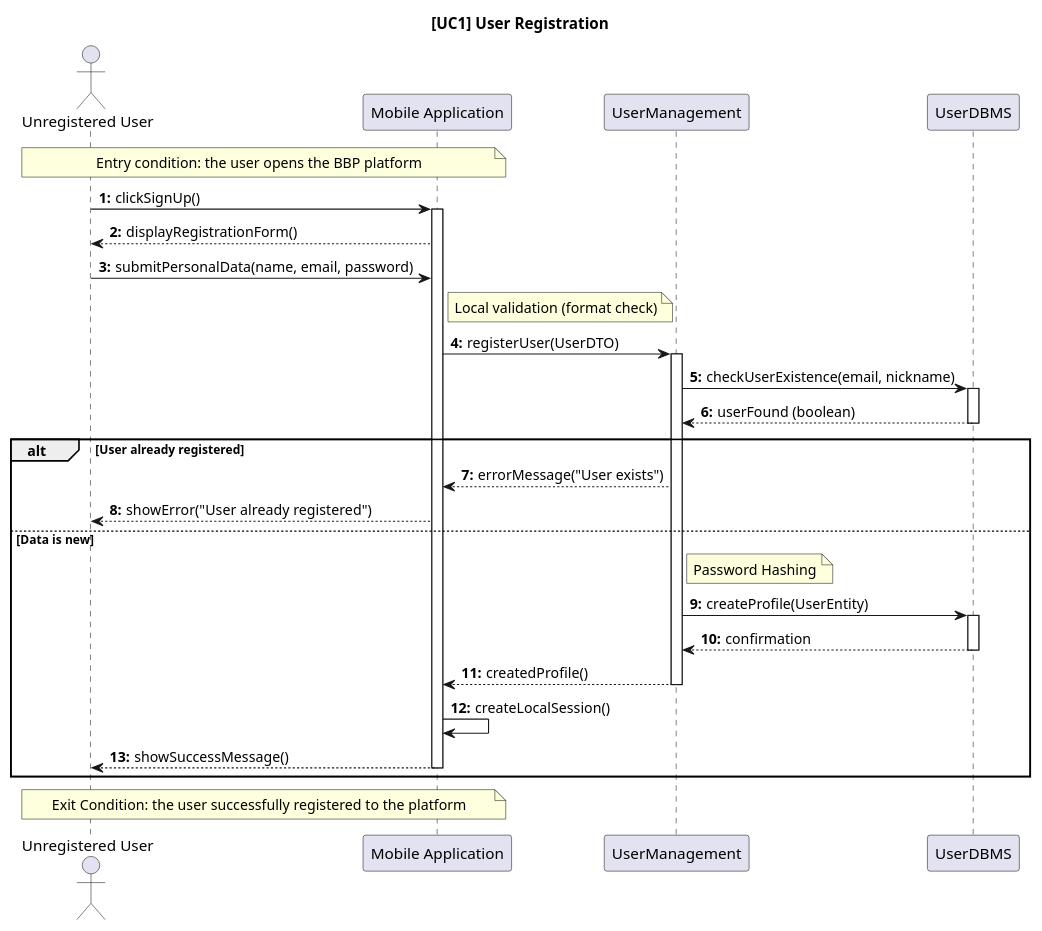
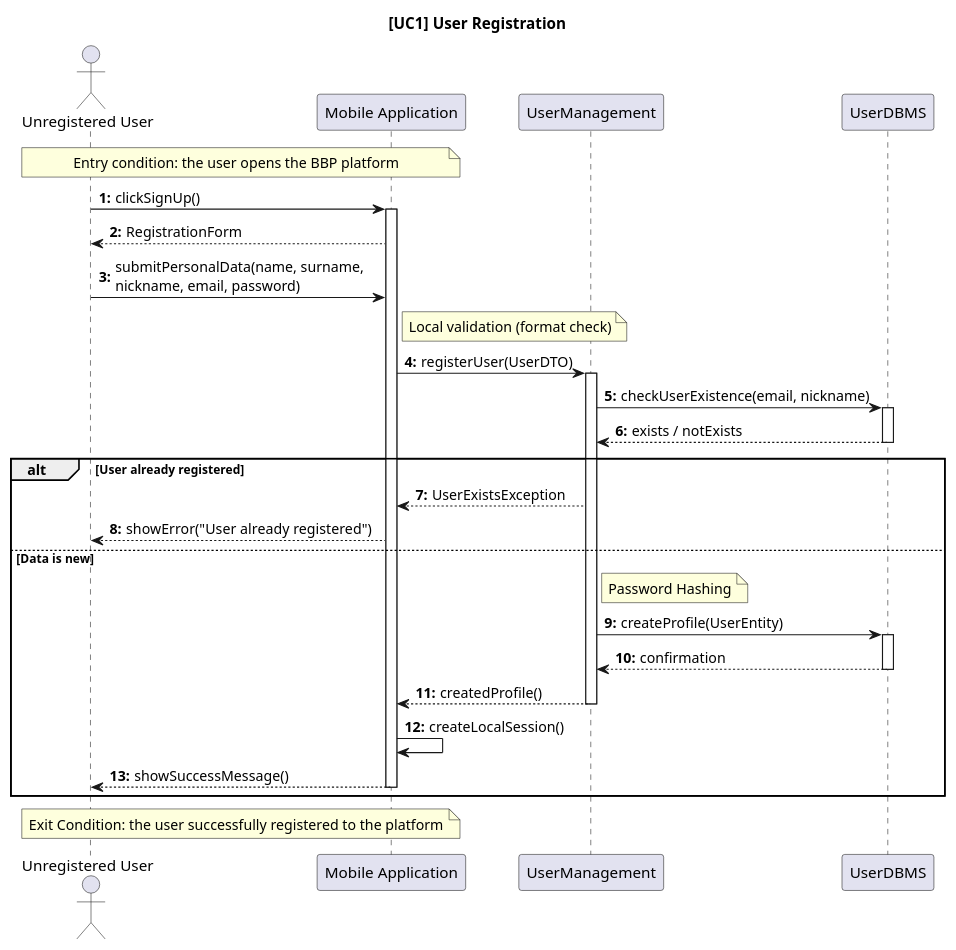
Before and after one commit to ilevinci/RubinoUvinsiVinciguerra: the diagram in DD/sequencediagrams/usecase1.puml, drawn with PlantUML. The commit also changed 8 other files, not shown here.

Commit message:
further refactoring of DD sequence diagrams, more consistency of return values

```diff
--- a/DD/sequencediagrams/usecase1.puml
+++ b/DD/sequencediagrams/usecase1.puml
@@ -1,55 +1,55 @@
 @startuml UC1_UserRegistration_Design
 autonumber "<b>0:"
 title [UC1] User Registration 
 
 actor "Unregistered User" as User
 participant "Mobile Application" as Client
 participant "UserManagement" as Auth
 participant "UserDBMS" as DB
 
 'entry condition
 note over User, Client: Entry condition: the user opens the BBP platform
 
 User -> Client: clickSignUp()
 activate Client
 
-Client --> User: displayRegistrationForm()
+Client --> User: RegistrationForm
 
-User -> Client: submitPersonalData(name, email, password)
+User -> Client: submitPersonalData(name, surname, \nnickname, email, password)
 
 ' Validazione locale
 note right of Client: Local validation (format check)
 Client -> Auth: registerUser(UserDTO)
 activate Auth
 
 ' Verifica Esistenza
 Auth -> DB: checkUserExistence(email, nickname)
 activate DB
-DB --> Auth: userFound (boolean)
+DB --> Auth: exists / notExists
 deactivate DB
 
 alt User already registered
-    Auth --> Client: errorMessage("User exists")
+    Auth --> Client: UserExistsException
     Client --> User: showError("User already registered")
 
 else Data is new
     ' Creazione Utente
     note right of Auth: Password Hashing
     Auth -> DB: createProfile(UserEntity)
     activate DB
     DB --> Auth: confirmation
     deactivate DB
 
     ' Risposta Positiva
     Auth --> Client: createdProfile()
     deactivate Auth
     
     Client -> Client: createLocalSession()
     Client --> User: showSuccessMessage()
     deactivate Client
 end
 
 'exit condition
 note over User, Client: Exit Condition: the user successfully registered to the platform
 
 @enduml
```
